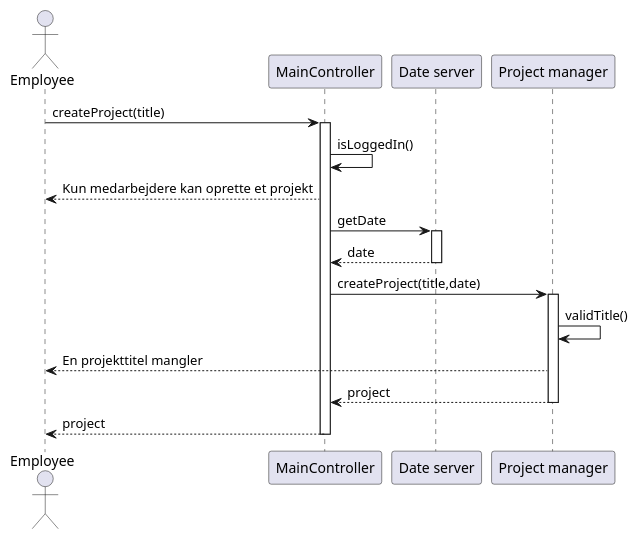
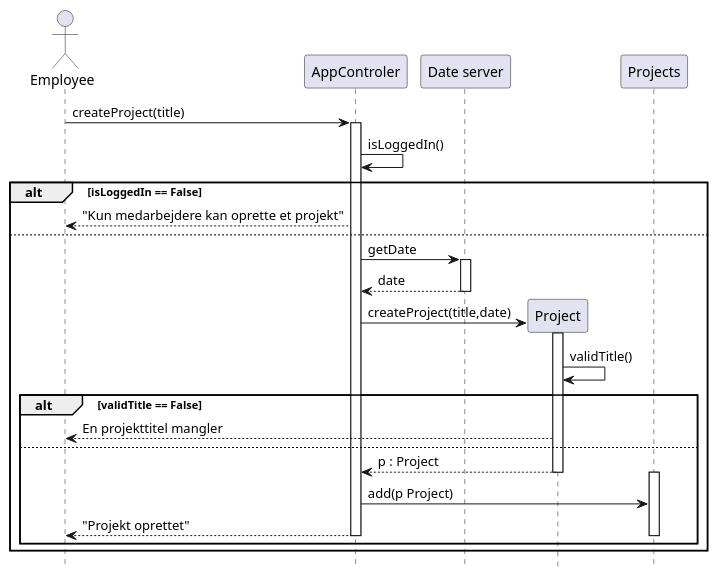
One commit to rwiuff/02161ExamProject changed the diagram in RequirementsAndDesign/SequenceDiagrams/Deprecated/seq_create_project.puml. Above: the diagram before and after it, drawn with PlantUML. The commit also changed 26 other files, not shown here.

Commit message:
wip: Sequence diagrams

```diff
--- a/RequirementsAndDesign/SequenceDiagrams/Deprecated/seq_create_project.puml
+++ b/RequirementsAndDesign/SequenceDiagrams/Deprecated/seq_create_project.puml
@@ -1,27 +1,35 @@
-@startuml
+@startuml CreateProject
+hide footbox
 actor "Employee" as e
-participant "MainController" as app
+participant "AppControler" as app
 participant "Date server" as ds
-participant "Project manager" as pm
+participant "Project" as pm
+participant "Projects" as pms
 
 e -> app : createProject(title)
 activate app
-
 app -> app : isLoggedIn()
-app --> e : Kun medarbejdere kan oprette et projekt
-
+alt isLoggedIn == False
+app --> e : "Kun medarbejdere kan oprette et projekt"
+else
 app -> ds : getDate
 activate ds
 return date 
 
-app -> pm : createProject(title,date)
+app -> pm** : createProject(title,date)
 activate pm 
 
 pm -> pm : validTitle()
+alt validTitle == False
 pm --> e : En projekttitel mangler
-
-return project
-
-return project
-
+else
+pm --> app : p : Project
+deactivate pm
+activate pms
+app -> pms : add(p Project)
+app --> e : "Projekt oprettet"
+deactivate pms
+deactivate app
+end
+end
 @enduml
```
